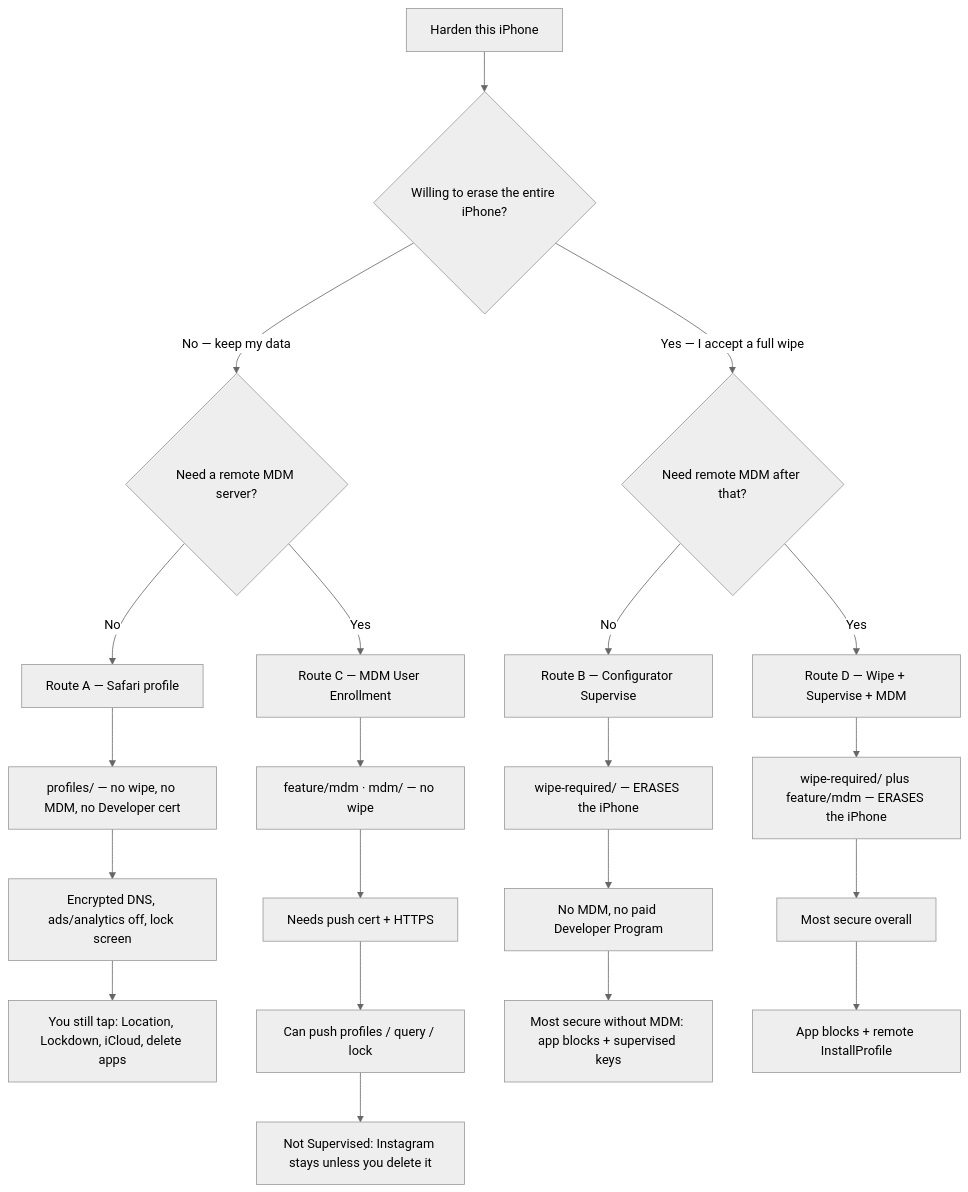
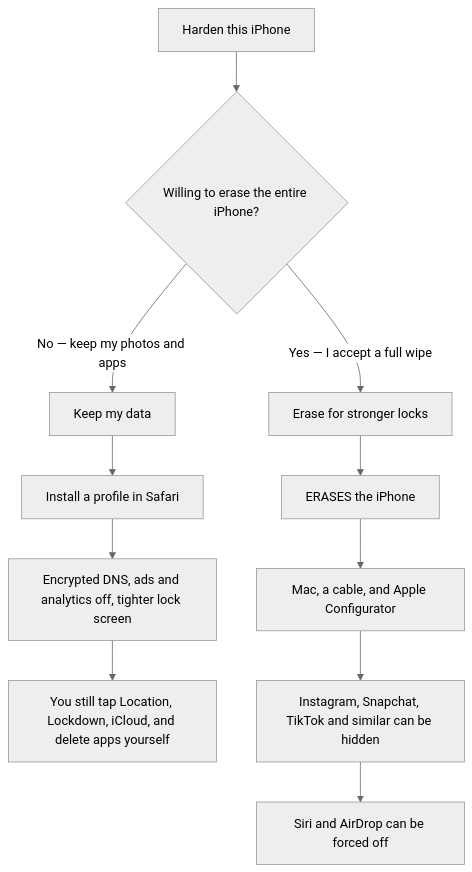
Before and after one commit to openhat-security/ios-max-security: the diagram in README.md, drawn with Mermaid (neutral theme). The commit also changed other lines of this file and 10 other files, not shown here.

First line of the commit message:
Rewrite the README as a user guide with a keep-vs-erase chart only.

````diff
--- a/README.md
+++ b/README.md
@@ -11,29 +9,16 @@
 ```mermaid
 flowchart TD
-  start[Harden this iPhone] --> qwipe{Willing to erase the entire iPhone?}
+  start[Harden this iPhone] --> wipe{Willing to erase the entire iPhone?}
 
-  qwipe -->|No — keep my data| qmdm1{Need a remote MDM server?}
-  qmdm1 -->|No| A[Route A — Safari profile]
-  qmdm1 -->|Yes| C[Route C — MDM User Enrollment]
+  wipe -->|No — keep my photos and apps| keep[Keep my data]
+  wipe -->|Yes — I accept a full wipe| erase[Erase for stronger locks]
 
-  qwipe -->|Yes — I accept a full wipe| qmdm2{Need remote MDM after that?}
-  qmdm2 -->|No| B[Route B — Configurator Supervise]
-  qmdm2 -->|Yes| D[Route D — Wipe + Supervise + MDM]
+  keep --> k1[Install a profile in Safari]
+  k1 --> k2[Encrypted DNS, ads and analytics off, tighter lock screen]
+  k2 --> k3[You still tap Location, Lockdown, iCloud, and delete apps yourself]
 
-  A --> A1[profiles/ — no wipe, no MDM, no Developer cert]
-  A1 --> A2[Encrypted DNS, ads/analytics off, lock screen]
-  A2 --> A3[You still tap: Location, Lockdown, iCloud, delete apps]
-
-  B --> B1[wipe-required/ — ERASES the iPhone]
-  B1 --> B2[No MDM, no paid Developer Program]
-  B2 --> B3[Most secure without MDM: app blocks + supervised keys]
-
-  C --> C1[feature/mdm · mdm/ — no wipe]
-  C1 --> C2[Needs push cert + HTTPS]
-  C2 --> C3[Can push profiles / query / lock]
-  C3 --> C4[Not Supervised: Instagram stays unless you delete it]
-
-  D --> D1[wipe-required/ plus feature/mdm — ERASES the iPhone]
-  D1 --> D2[Most secure overall]
-  D2 --> D3[App blocks + remote InstallProfile]
+  erase --> e1[ERASES the iPhone]
+  e1 --> e2[Mac, a cable, and Apple Configurator]
+  e2 --> e3[Instagram, Snapchat, TikTok and similar can be hidden]
+  e3 --> e4[Siri and AirDrop can be forced off]
 ```
````
